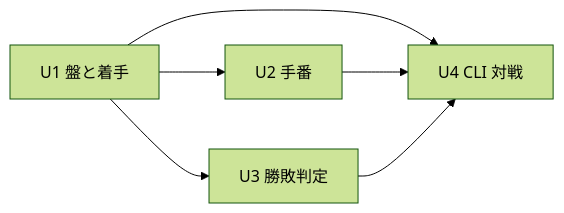
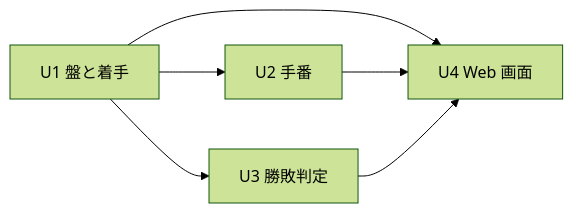
Before and after one commit to k2works/sdd-handson-go-board: the first of 2 diagrams in docs/development/goboard/release_plan.md, drawn with Mermaid (forest theme). The commit also changed other lines of this file and 22 other files, not shown here.

````diff
--- a/docs/development/goboard/release_plan.md
+++ b/docs/development/goboard/release_plan.md
@@ -40,8 +40,8 @@
 ```mermaid
 graph LR
     U1[U1 盤と着手] --> U2[U2 手番]
     U1 --> U3[U3 勝敗判定]
-    U1 --> U4[U4 CLI 対戦]
+    U1 --> U4[U4 Web 画面]
     U2 --> U4
     U3 --> U4
 ```
````
